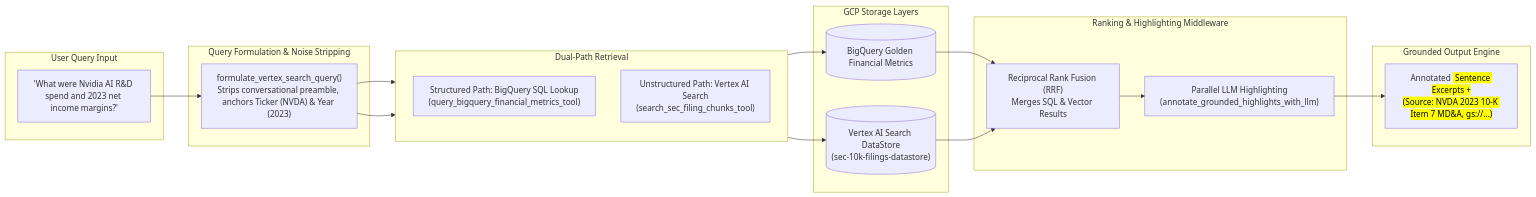
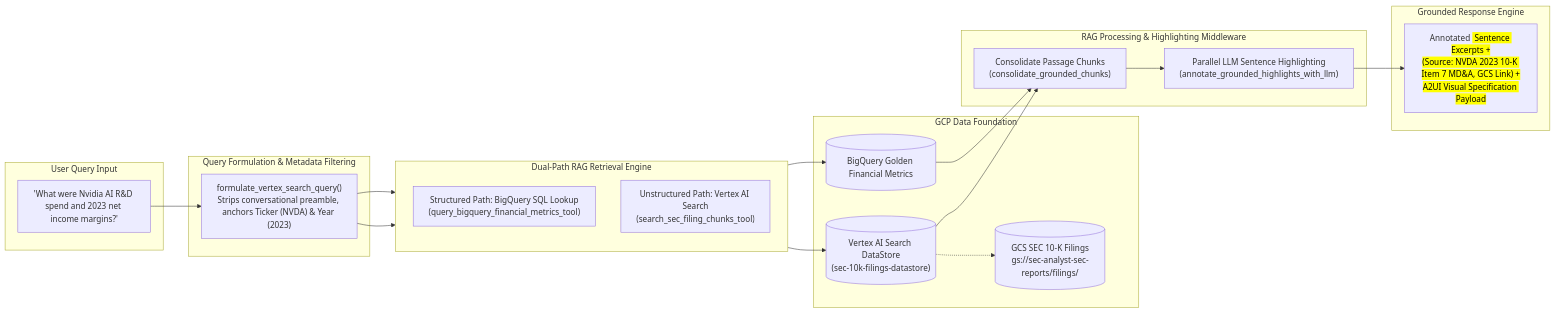
Before and after one commit to cvwang/sec-edgar-analyst: the third of 6 diagrams in docs/architectural_diagrams.md, drawn with Mermaid. The commit also changed other lines of this file and 5 other files, not shown here.

Commit message:
feat(presentation): update capstone presentation deck, add PPTX generator scripts, update architectural diagrams and requirement tracker

````diff
--- a/docs/architectural_diagrams.md
+++ b/docs/architectural_diagrams.md
@@ -110,38 +143,40 @@
 ```mermaid
 flowchart LR
     subgraph QueryInput ["User Query Input"]
         Q["'What were Nvidia AI R&D spend and 2023 net income margins?'"]
     end
 
-    subgraph Router ["Query Formulation & Noise Stripping"]
+    subgraph Router ["Query Formulation & Metadata Filtering"]
         QF["formulate_vertex_search_query()<br/>Strips conversational preamble, anchors Ticker (NVDA) & Year (2023)"]
     end
 
-    subgraph DualPath ["Dual-Path Retrieval"]
+    subgraph DualPath ["Dual-Path RAG Retrieval Engine"]
         direction TB
         Path1["Structured Path: BigQuery SQL Lookup<br/>(query_bigquery_financial_metrics_tool)"]
         Path2["Unstructured Path: Vertex AI Search<br/>(search_sec_filing_chunks_tool)"]
     end
 
-    subgraph DataSources ["GCP Storage Layers"]
+    subgraph DataSources ["GCP Data Foundation"]
         BQ[("BigQuery Golden Financial Metrics")]
         DataStore[("Vertex AI Search DataStore<br/>(sec-10k-filings-datastore)")]
+        GCS[("GCS SEC 10-K Filings<br/>gs://sec-analyst-sec-reports/filings/")]
     end
 
-    subgraph RRF_Highlight ["Ranking & Highlighting Middleware"]
-        RRF["Reciprocal Rank Fusion (RRF)<br/>Merges SQL & Vector Results"]
-        LLMHighlight["Parallel LLM Highlighting<br/>(annotate_grounded_highlights_with_llm)"]
+    subgraph Ranking_Highlight ["RAG Processing & Highlighting Middleware"]
+        Consolidate["Consolidate Passage Chunks<br/>(consolidate_grounded_chunks)"]
+        LLMHighlight["Parallel LLM Sentence Highlighting<br/>(annotate_grounded_highlights_with_llm)"]
     end
 
-    subgraph Output ["Grounded Output Engine"]
-        Result["Annotated <mark> Sentence Excerpts +<br/>(Source: NVDA 2023 10-K Item 7 MD&A, gs://...)"]
+    subgraph Output ["Grounded Response Engine"]
+        Result["Annotated <mark> Sentence Excerpts +<br/>(Source: NVDA 2023 10-K Item 7 MD&A, GCS Link) +<br/>A2UI Visual Specification Payload"]
     end
 
     Q --> QF
     QF --> Path1 & Path2
     Path1 --> BQ
     Path2 --> DataStore
-    BQ & DataStore --> RRF
-    RRF --> LLMHighlight
+    DataStore -.-> GCS
+    BQ & DataStore --> Consolidate
+    Consolidate --> LLMHighlight
     LLMHighlight --> Result
 ```
````
